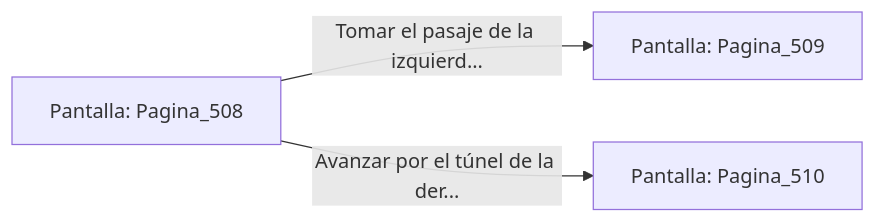
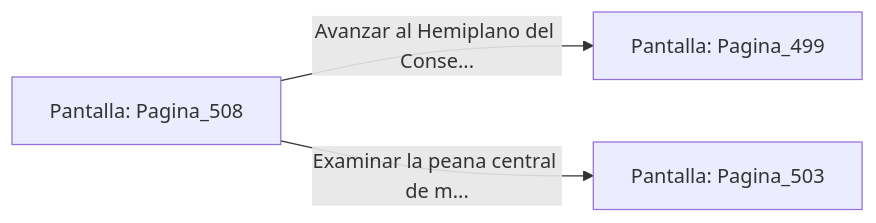
The diagram in sample/eligejuego-vault/Pantalla_Pagina_508.md (metsuke/mpl), drawn with Mermaid before and after one commit. The commit also changed other lines of this file and 635 other files, not shown here.

First line of the commit message:
fix: añadir Pagina_1 como pantalla inicial en capitulo_01.mpl

````diff
--- a/sample/eligejuego-vault/Pantalla_Pagina_508.md
+++ b/sample/eligejuego-vault/Pantalla_Pagina_508.md
@@ -20,6 +22,6 @@
 ```mermaid
 graph LR
     P_Pagina_508["Pantalla: Pagina_508"]
-    P_Pagina_508 -->|"Tomar el pasaje de la izquierd..."| P_Pagina_509["Pantalla: Pagina_509"]
-    P_Pagina_508 -->|"Avanzar por el túnel de la der..."| P_Pagina_510["Pantalla: Pagina_510"]
+    P_Pagina_508 -->|"Avanzar al Hemiplano del Conse..."| P_Pagina_499["Pantalla: Pagina_499"]
+    P_Pagina_508 -->|"Examinar la peana central de m..."| P_Pagina_503["Pantalla: Pagina_503"]
 ```
````
